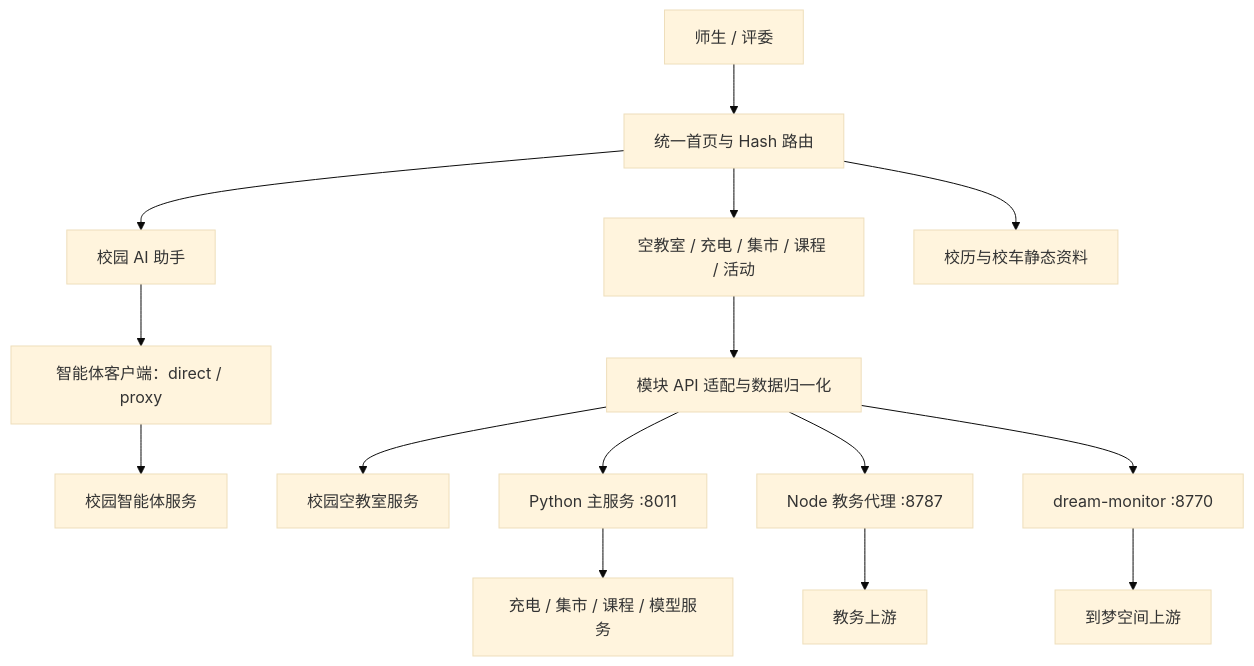
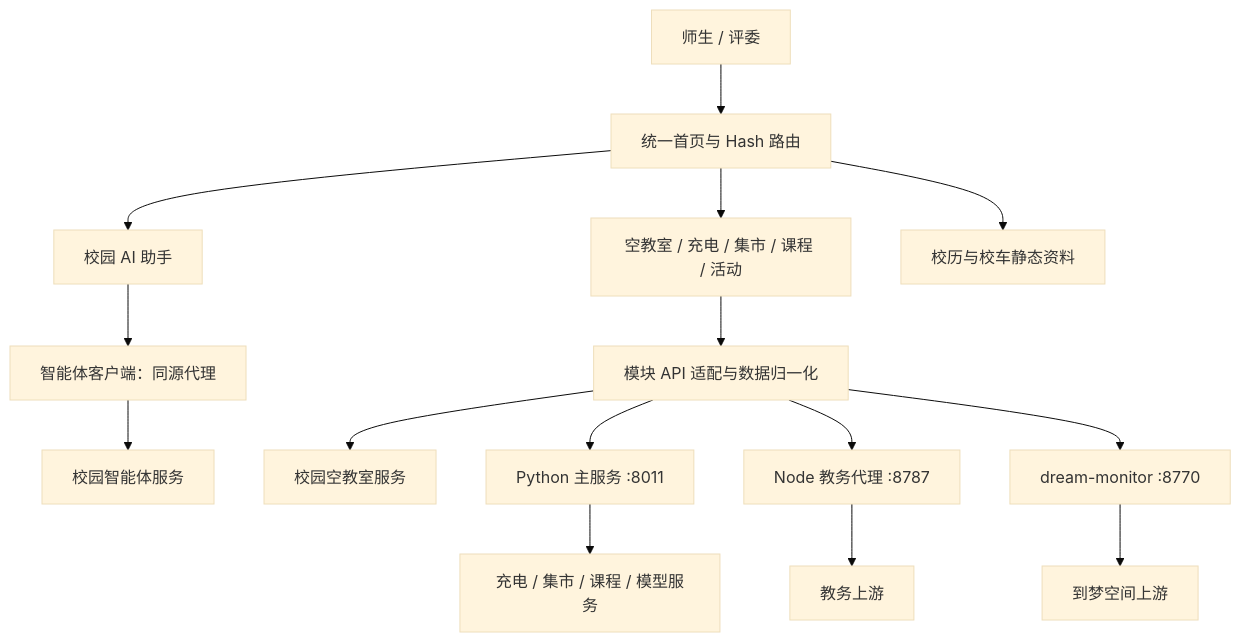
The diagram in README.md (geroran/ZhiHe-CloudPact), drawn with Mermaid (base theme) before and after one commit. The commit also changed other lines of this file and 15 other files, not shown here.

````diff
--- a/README.md
+++ b/README.md
@@ -67,17 +67,17 @@
 ```mermaid
 flowchart TB
     User[师生 / 评委] --> Shell[统一首页与 Hash 路由]
     Shell --> AI[校园 AI 助手]
     Shell --> Tools[空教室 / 充电 / 集市 / 课程 / 活动]
     Shell --> Assets[校历与校车静态资料]
-    AI --> Client[智能体客户端：direct / proxy]
+    AI --> Client[智能体客户端：同源代理]
     Client --> Agent[校园智能体服务]
     Tools --> Adapters[模块 API 适配与数据归一化]
     Adapters --> Hiagent[校园空教室服务]
     Adapters --> Python[Python 主服务 :8011]
     Adapters --> Node[Node 教务代理 :8787]
     Adapters --> Dream[dream-monitor :8770]
     Python --> Providers[充电 / 集市 / 课程 / 模型服务]
     Node --> Ehall[教务上游]
     Dream --> Activity[到梦空间上游]
 ```
````
